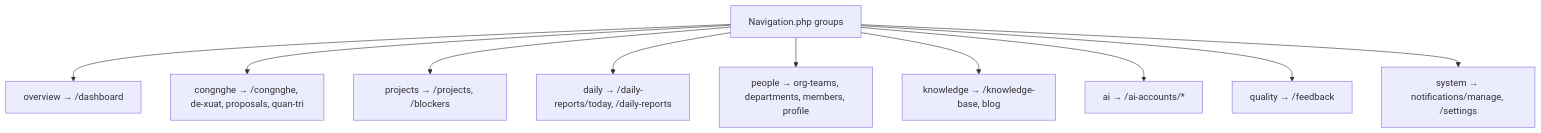
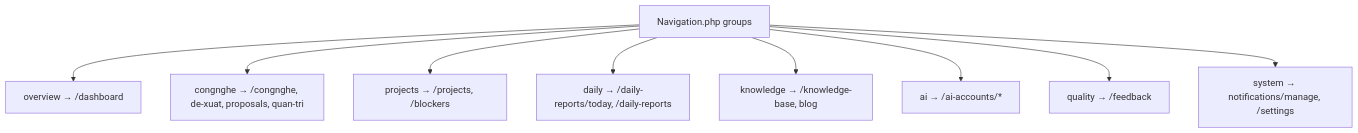
Before and after one commit to EasyToBuildWithKane/va-qlda: the fourth of 10 diagrams in docs/FLOWS_AND_DOCS_MAP.md, drawn with Mermaid. The commit also changed other lines of this file and 73 other files, not shown here.

````diff
--- a/docs/FLOWS_AND_DOCS_MAP.md
+++ b/docs/FLOWS_AND_DOCS_MAP.md
@@ -116,13 +116,12 @@
 ```mermaid
 flowchart TB
   NAV[Navigation.php groups]
   NAV --> O[overview → /dashboard]
   NAV --> CN[congnghe → /congnghe, de-xuat, proposals, quan-tri]
   NAV --> PJ[projects → /projects, /blockers]
   NAV --> DR[daily → /daily-reports/today, /daily-reports]
-  NAV --> PP[people → org-teams, departments, members, profile]
   NAV --> KN[knowledge → /knowledge-base, blog]
   NAV --> AI[ai → /ai-accounts/*]
   NAV --> QL[quality → /feedback]
   NAV --> SY[system → notifications/manage, /settings]
 ```
````
